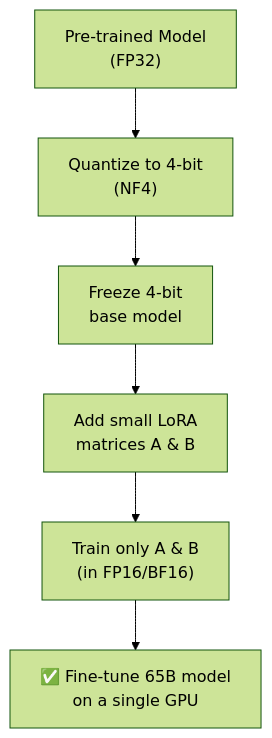
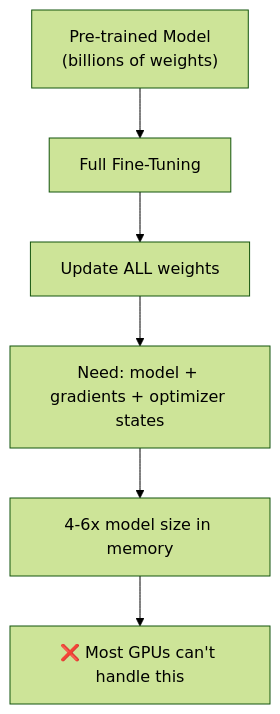
Before and after one commit to Ankita01K/Fine-Tunning-With-Lora-and-Qlora: the second of 3 diagrams in README.md, drawn with Mermaid (forest theme). The commit also changed other lines of this file, not shown here.

````diff
--- a/README.md
+++ b/README.md
@@ -24,14 +43,9 @@
 ```mermaid
 flowchart TD
     A["Pre-trained Model
-    (FP32)"] --> B["Quantize to 4-bit
-    (NF4)"]
-    B --> C["Freeze 4-bit
-    base model"]
-    C --> D["Add small LoRA
-    matrices A & B"]
-    D --> E["Train only A & B
-    (in FP16/BF16)"]
-    E --> F["✅ Fine-tune 65B model
-    on a single GPU"]
+    (billions of weights)"] --> B["Full Fine-Tuning"]
+    B --> C["Update ALL weights"]
+    C --> D["Need: model + gradients + optimizer states"]
+    D --> E["4-6x model size in memory"]
+    E --> F["❌ Most GPUs can't handle this"]
 ```
````
